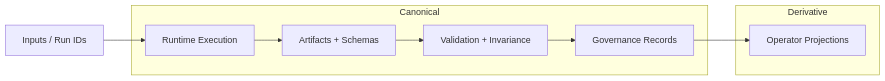
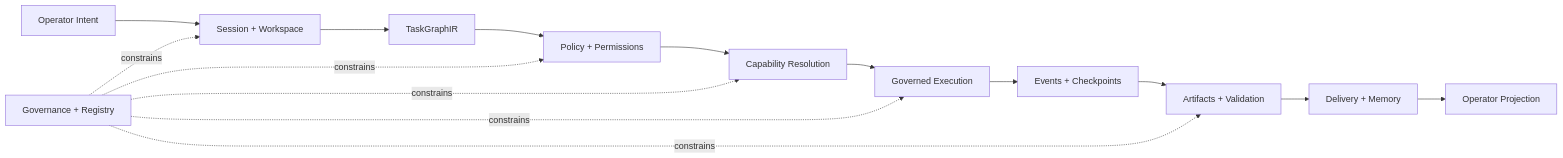
The diagram in README.md (scrimshawlife-ctrl/Abraxas), drawn with Mermaid before and after one commit. The commit also changed other lines of this file, not shown here.

````diff
--- a/README.md
+++ b/README.md
@@ -8,19 +14,18 @@
 ```mermaid
 flowchart LR
-  A[Inputs / Run IDs] --> B[Runtime Execution]
-  B --> C[Artifacts + Schemas]
-  C --> D[Validation + Invariance]
-  D --> E[Governance Records]
-  E --> F[Operator Projections]
+  A[Operator Intent] --> B[Session + Workspace]
+  B --> C[TaskGraphIR]
+  C --> D[Policy + Permissions]
+  D --> E[Capability Resolution]
+  E --> F[Governed Execution]
+  F --> G[Events + Checkpoints]
+  G --> H[Artifacts + Validation]
+  H --> I[Delivery + Memory]
+  I --> J[Operator Projection]
 
-  subgraph Canonical
-    B
-    C
-    D
-    E
-  end
-
-  subgraph Derivative
-    F
-  end
+  K[Governance + Registry] -. constrains .-> B
+  K -. constrains .-> D
+  K -. constrains .-> E
+  K -. constrains .-> F
+  K -. constrains .-> H
 ```
````
